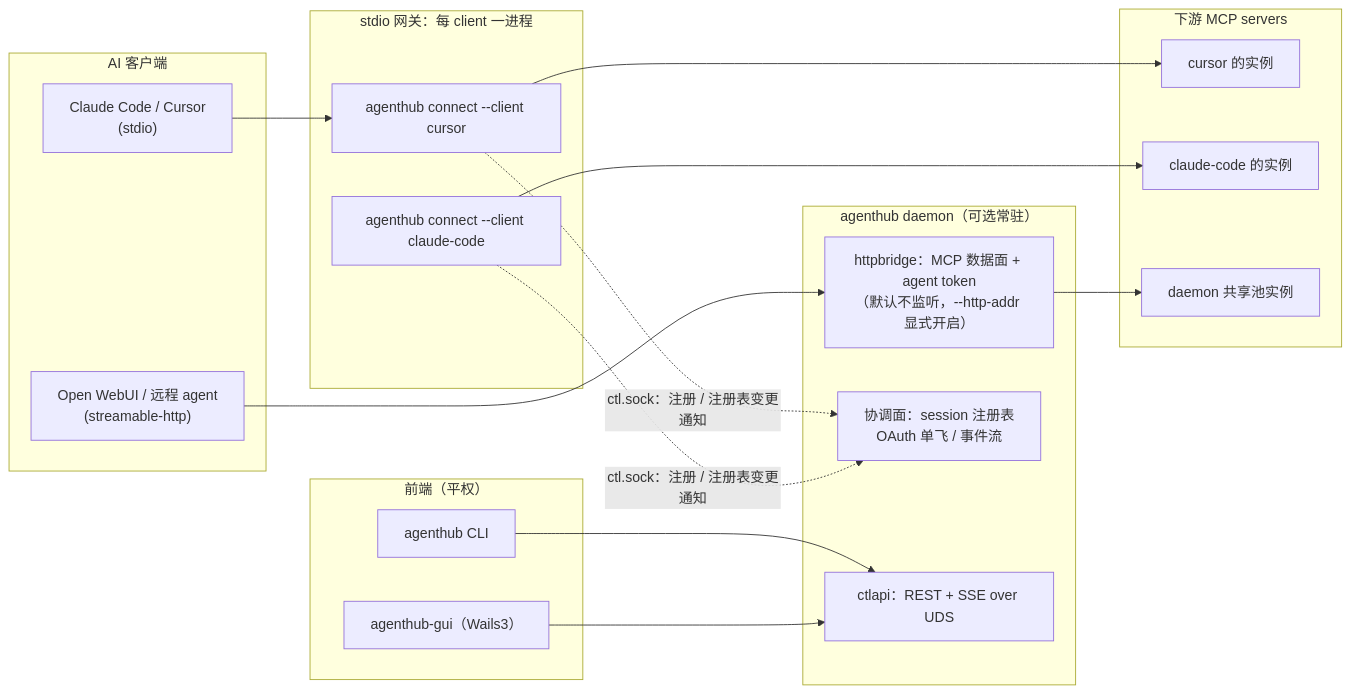
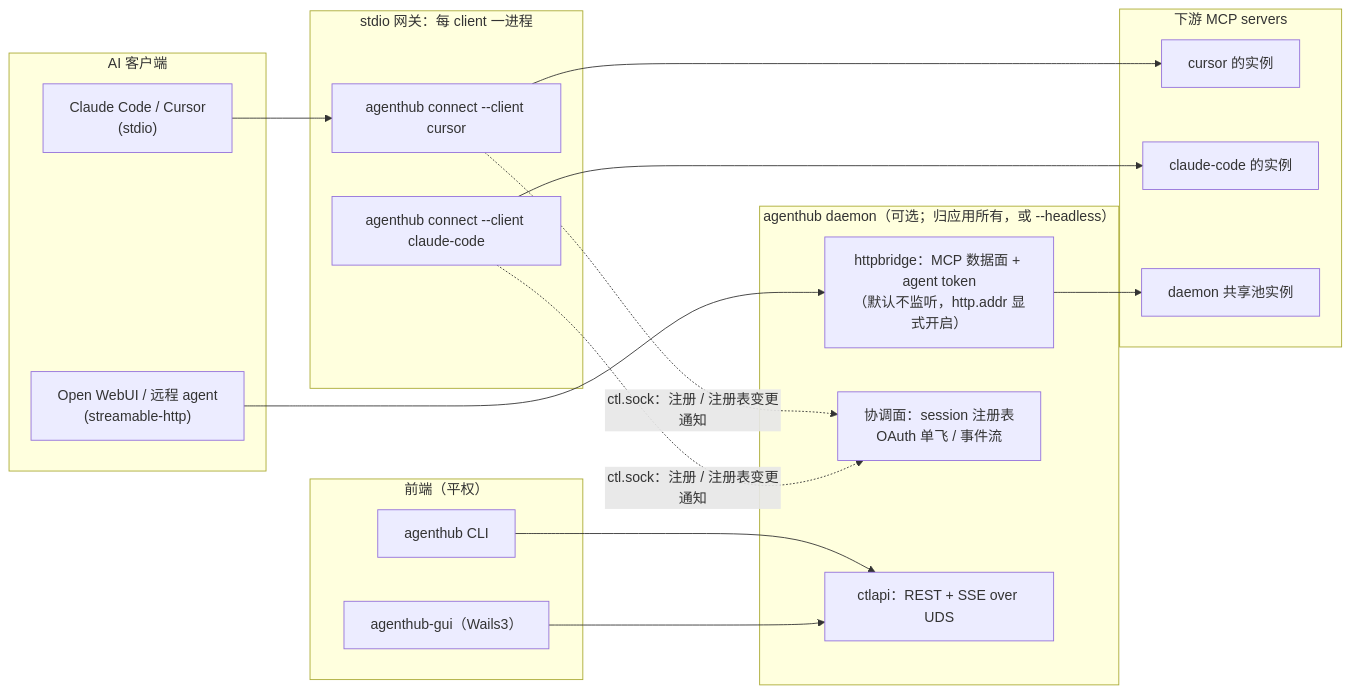
Before and after one commit to dinstein/agent-hub: the first of 8 diagrams in docs/zh-CN/architecture.md, drawn with Mermaid. The commit also changed other lines of this file and 3 other files, not shown here.

````diff
--- a/docs/zh-CN/architecture.md
+++ b/docs/zh-CN/architecture.md
@@ -25,33 +25,33 @@
 ```mermaid
 flowchart LR
     subgraph clients["AI 客户端"]
         C1["Claude Code / Cursor<br/>(stdio)"]
         C2["Open WebUI / 远程 agent<br/>(streamable-http)"]
     end
     subgraph gws["stdio 网关：每 client 一进程"]
         G1["agenthub connect --client cursor"]
         G2["agenthub connect --client claude-code"]
     end
-    subgraph daemon["agenthub daemon（可选常驻）"]
-        H["httpbridge：MCP 数据面 + agent token<br/>（默认不监听，--http-addr 显式开启）"]
+    subgraph daemon["agenthub daemon（可选；归应用所有，或 --headless）"]
+        H["httpbridge：MCP 数据面 + agent token<br/>（默认不监听，http.addr 显式开启）"]
         CO["协调面：session 注册表<br/>OAuth 单飞 / 事件流"]
         CP["ctlapi：REST + SSE over UDS"]
     end
     subgraph front["前端（平权）"]
         CLI["agenthub CLI"]
         GUI["agenthub-gui（Wails3）"]
     end
     subgraph down["下游 MCP servers"]
         D1["cursor 的实例"]
         D2["claude-code 的实例"]
         D3["daemon 共享池实例"]
     end
     C1 --> G1
     C2 --> H
     G1 --> D1
     G2 --> D2
     H --> D3
     G1 & G2 -.->|"ctl.sock：注册 / 注册表变更通知"| CO
     CLI --> CP
     GUI --> CP
 ```
````
